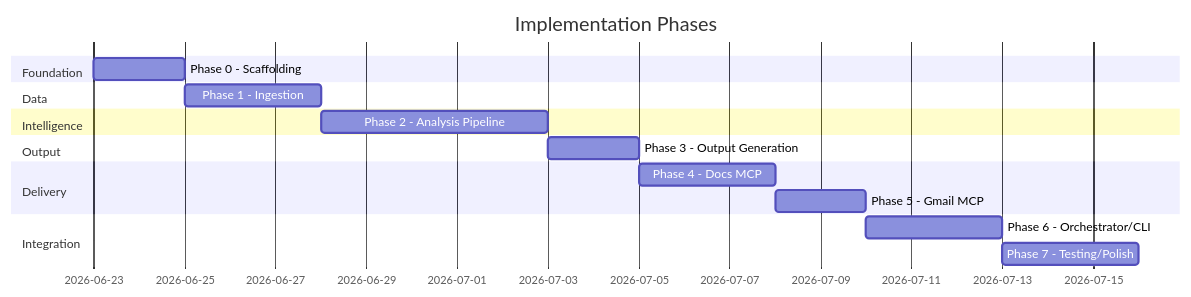
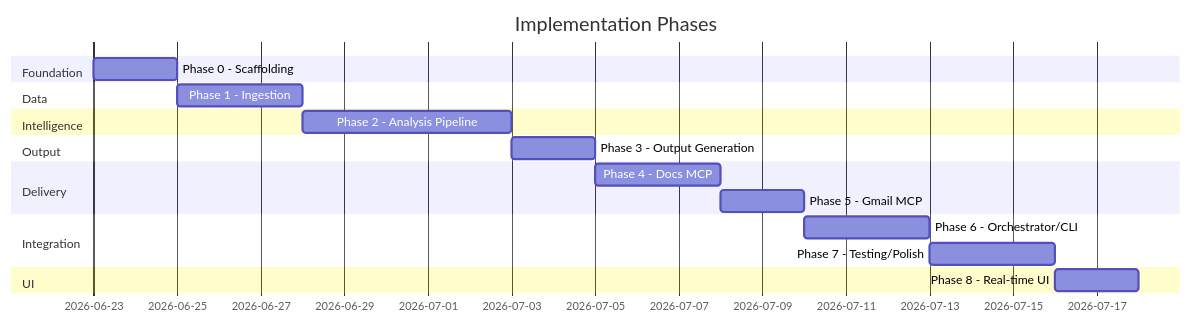
Before and after one commit to Shekhu07/Weekly_Pulse: the first of 2 diagrams in docs/implementation-plan.md, drawn with Mermaid. The commit also changed other lines of this file and 4 other files, not shown here.

First line of the commit message:
feat: real-time pipeline UI using SSE

````diff
--- a/docs/implementation-plan.md
+++ b/docs/implementation-plan.md
@@ -22,19 +23,21 @@
 ```mermaid
 gantt
     title Implementation Phases
     dateFormat YYYY-MM-DD
     section Foundation
         Phase 0 - Scaffolding      :p0, 2026-06-23, 2d
     section Data
         Phase 1 - Ingestion        :p1, after p0, 3d
     section Intelligence
         Phase 2 - Analysis Pipeline :p2, after p1, 5d
     section Output
         Phase 3 - Output Generation :p3, after p2, 2d
     section Delivery
         Phase 4 - Docs MCP         :p4, after p3, 3d
         Phase 5 - Gmail MCP        :p5, after p4, 2d
     section Integration
         Phase 6 - Orchestrator/CLI :p6, after p5, 3d
         Phase 7 - Testing/Polish   :p7, after p6, 3d
+    section UI
+        Phase 8 - Real-time UI     :p8, after p7, 2d
 ```
````
